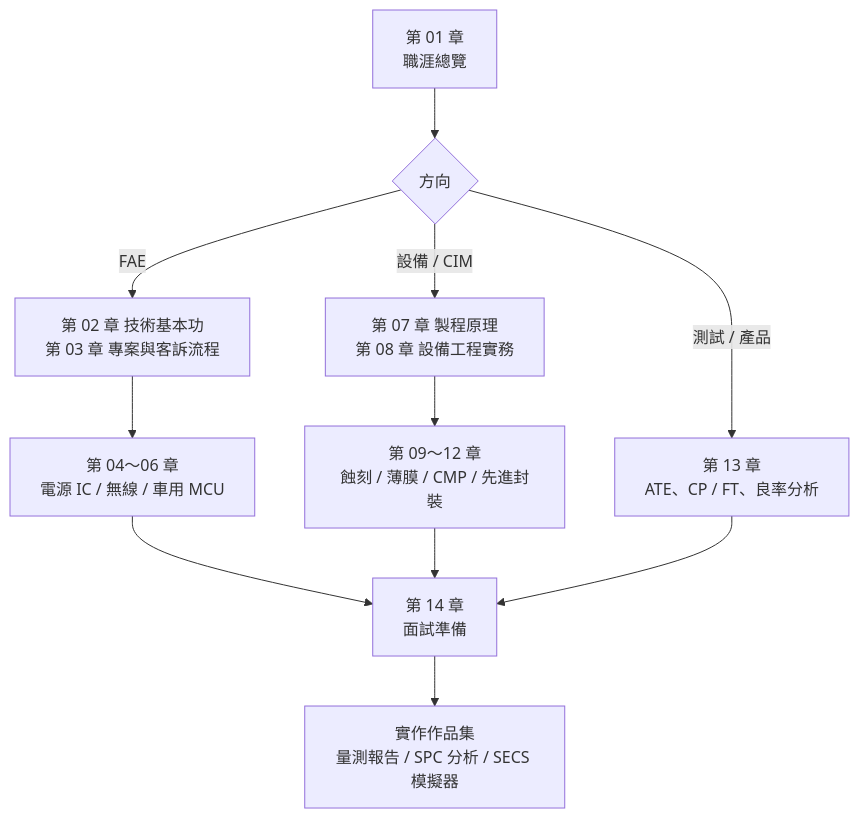
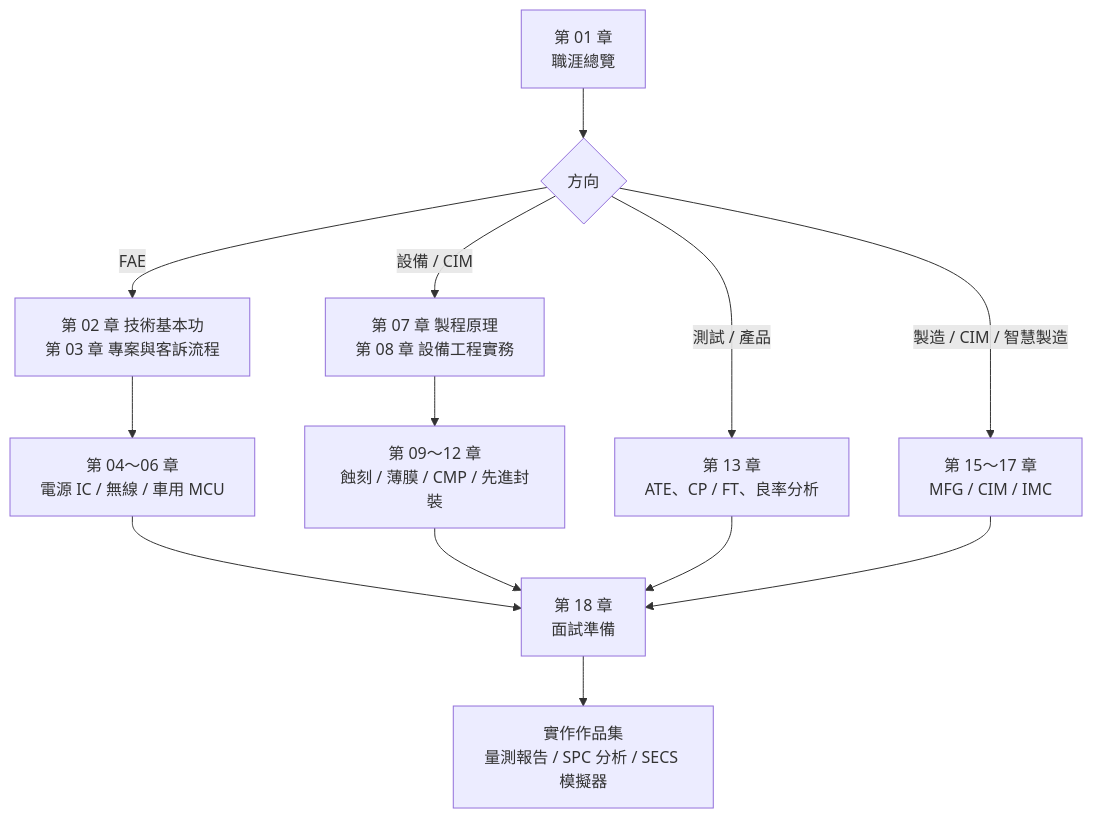
One commit to wyc915/FAE-EE-Mindset changed the diagram in docs/01-career-overview.md. Above: the diagram before and after it, drawn with Mermaid. The commit also changed other lines of this file and 10 other files, not shown here.

First line of the commit message:
docs: add MFG, CIM and IMC smart manufacturing chapters

````diff
--- a/docs/01-career-overview.md
+++ b/docs/01-career-overview.md
@@ -93,13 +95,15 @@
 ```mermaid
 flowchart TD
   A[第 01 章<br/>職涯總覽] --> B{方向}
   B -- FAE --> C[第 02 章 技術基本功<br/>第 03 章 專案與客訴流程]
   C --> D[第 04～06 章<br/>電源 IC / 無線 / 車用 MCU]
   B -- 設備 / CIM --> E[第 07 章 製程原理<br/>第 08 章 設備工程實務]
   E --> F[第 09～12 章<br/>蝕刻 / 薄膜 / CMP / 先進封裝]
   B -- 測試 / 產品 --> T[第 13 章<br/>ATE、CP / FT、良率分析]
-  D --> I[第 14 章<br/>面試準備]
+  B -- 製造 / CIM / 智慧製造 --> M[第 15～17 章<br/>MFG / CIM / IMC]
+  D --> I[第 18 章<br/>面試準備]
   F --> I
   T --> I
+  M --> I
   I --> G[實作作品集<br/>量測報告 / SPC 分析 / SECS 模擬器]
 ```
````
